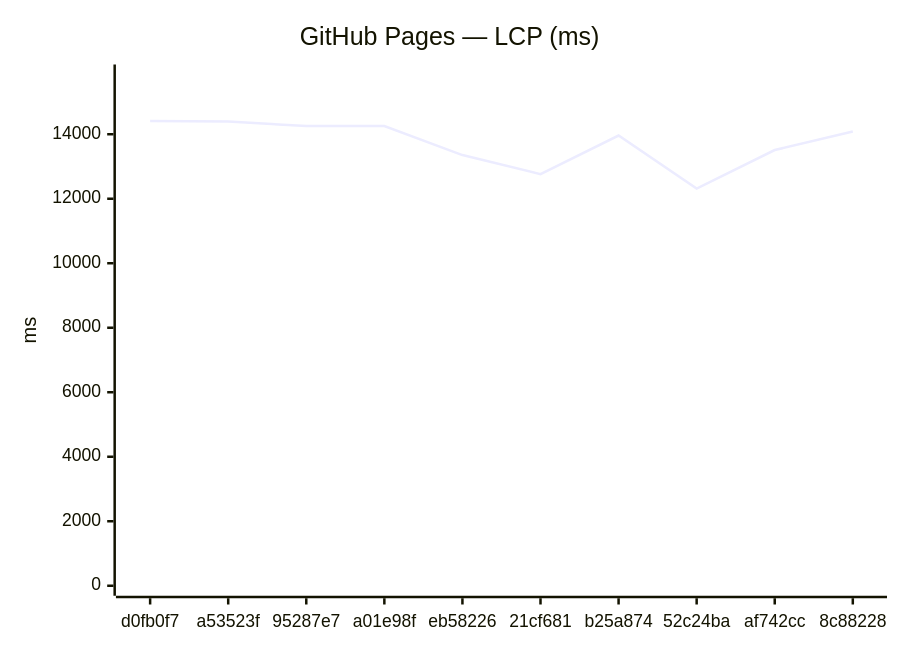
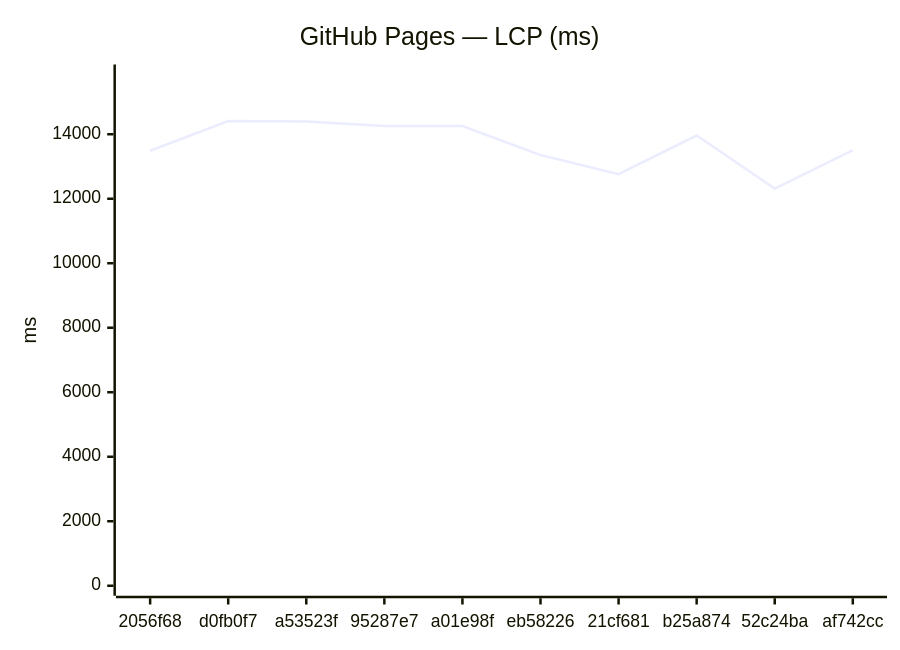
One commit to Metaheurist/Rianell changed the third of 18 diagrams in benchmarks/compare.md. Above: the diagram before and after it, drawn with Mermaid. The commit also changed other lines of this file and 11 other files, not shown here.

````diff
--- a/benchmarks/compare.md
+++ b/benchmarks/compare.md
@@ -54,7 +54,7 @@
 ```mermaid
 xychart-beta
     title "GitHub Pages — LCP (ms)"
-    x-axis ["d0fb0f7", "a53523f", "95287e7", "a01e98f", "eb58226", "21cf681", "b25a874", "52c24ba", "af742cc", "8c88228"]
+    x-axis ["2056f68", "d0fb0f7", "a53523f", "95287e7", "a01e98f", "eb58226", "21cf681", "b25a874", "52c24ba", "af742cc"]
     y-axis "ms" 0 --> 15852
-    line [14410, 14392, 14255, 14254, 13354, 12763, 13959, 12313, 13510, 14082]
+    line [13488, 14410, 14392, 14255, 14254, 13354, 12763, 13959, 12313, 13510]
 ```
````
